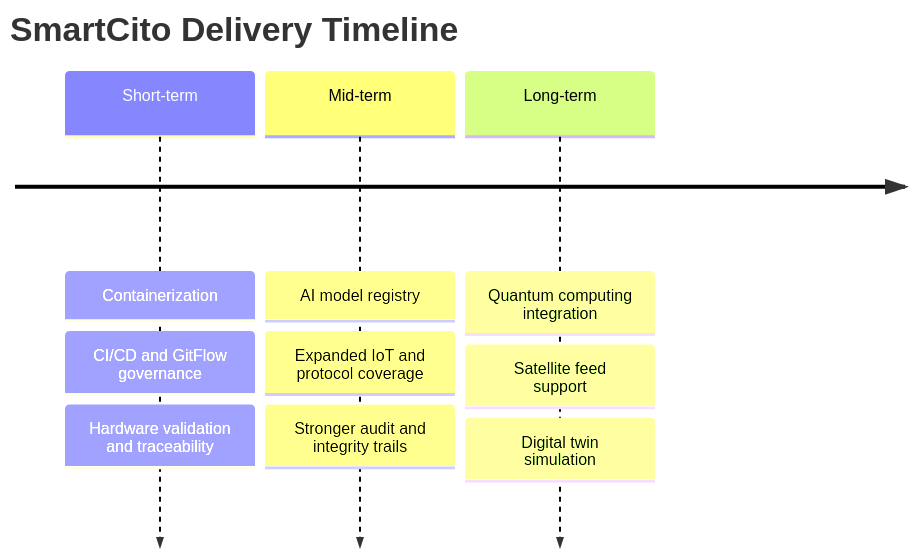
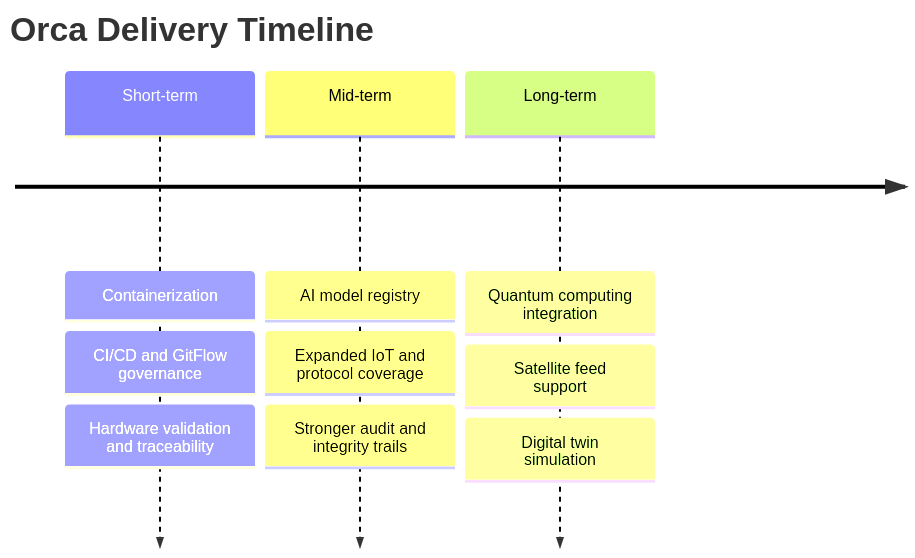
Before and after one commit to atonixdev/smartcito: the diagram in docs/wiki/ROADMAP_AND_DELIVERY_TIMELINE.md, drawn with Mermaid. The commit also changed other lines of this file and 433 other files, not shown here.

````diff
--- a/docs/wiki/ROADMAP_AND_DELIVERY_TIMELINE.md
+++ b/docs/wiki/ROADMAP_AND_DELIVERY_TIMELINE.md
@@ -41,13 +41,13 @@
 ```mermaid
 timeline
-    title SmartCito Delivery Timeline
+    title Orca Delivery Timeline
     Short-term : Containerization
                : CI/CD and GitFlow governance
                : Hardware validation and traceability
     Mid-term   : AI model registry
                : Expanded IoT and protocol coverage
                : Stronger audit and integrity trails
     Long-term  : Quantum computing integration
                : Satellite feed support
                : Digital twin simulation
 ```
````
